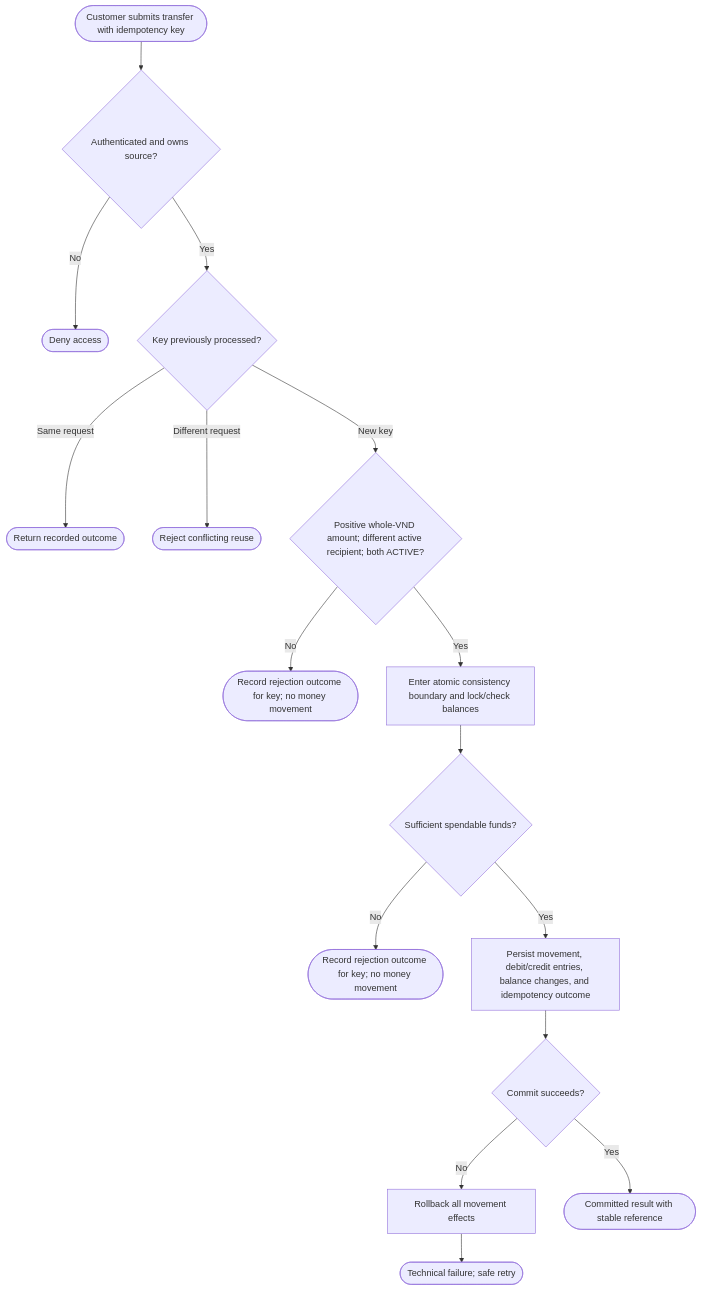
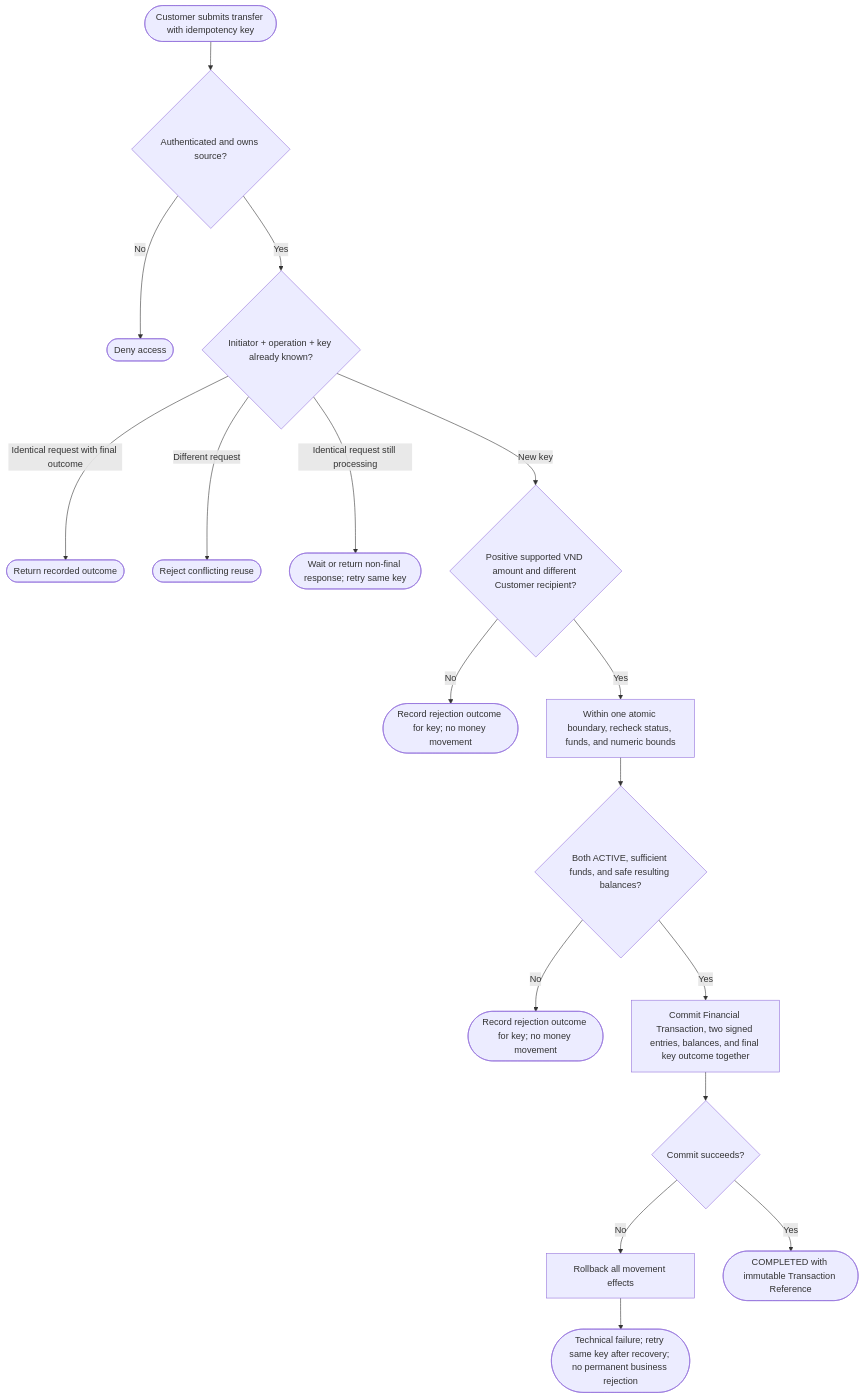
Before and after one commit to nvawntien/finfast: the second of 6 diagrams in docs/05-business-processes.md, drawn with Mermaid. The commit also changed other lines of this file and 7 other files, not shown here.

````diff
--- a/docs/05-business-processes.md
+++ b/docs/05-business-processes.md
@@ -35,18 +35,19 @@
 ```mermaid
 flowchart TD
     S([Customer submits transfer with idempotency key]) --> AUTH{Authenticated and owns source?}
     AUTH -- No --> DENY([Deny access])
-    AUTH -- Yes --> IDEM{Key previously processed?}
-    IDEM -- Same request --> REPLAY([Return recorded outcome])
+    AUTH -- Yes --> IDEM{Initiator + operation + key already known?}
+    IDEM -- Identical request with final outcome --> REPLAY([Return recorded outcome])
     IDEM -- Different request --> CONFLICT([Reject conflicting reuse])
-    IDEM -- New key --> VALID{Positive whole-VND amount; different active recipient; both ACTIVE?}
+    IDEM -- Identical request still processing --> WAIT([Wait or return non-final response; retry same key])
+    IDEM -- New key --> VALID{Positive supported VND amount and different Customer recipient?}
     VALID -- No --> INVALID([Record rejection outcome for key; no money movement])
-    VALID -- Yes --> LOCK[Enter atomic consistency boundary and lock/check balances]
-    LOCK --> FUNDS{Sufficient spendable funds?}
+    VALID -- Yes --> CHECK[Within one atomic boundary, recheck status, funds, and numeric bounds]
+    CHECK --> FUNDS{Both ACTIVE, sufficient funds, and safe resulting balances?}
     FUNDS -- No --> INSUFF([Record rejection outcome for key; no money movement])
-    FUNDS -- Yes --> POST[Persist movement, debit/credit entries, balance changes, and idempotency outcome]
+    FUNDS -- Yes --> POST[Commit Financial Transaction, two signed entries, balances, and final key outcome together]
     POST --> COMMIT{Commit succeeds?}
     COMMIT -- No --> ROLL[Rollback all movement effects]
-    ROLL --> TECH([Technical failure; safe retry])
-    COMMIT -- Yes --> OK([Committed result with stable reference])
+    ROLL --> TECH([Technical failure; retry same key after recovery; no permanent business rejection])
+    COMMIT -- Yes --> OK([COMPLETED with immutable Transaction Reference])
 ```
````
